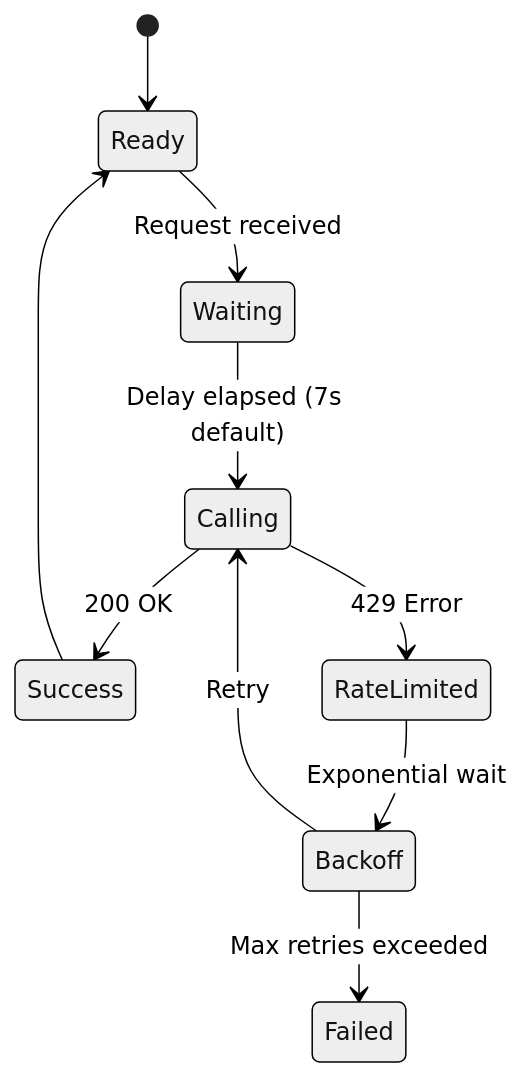
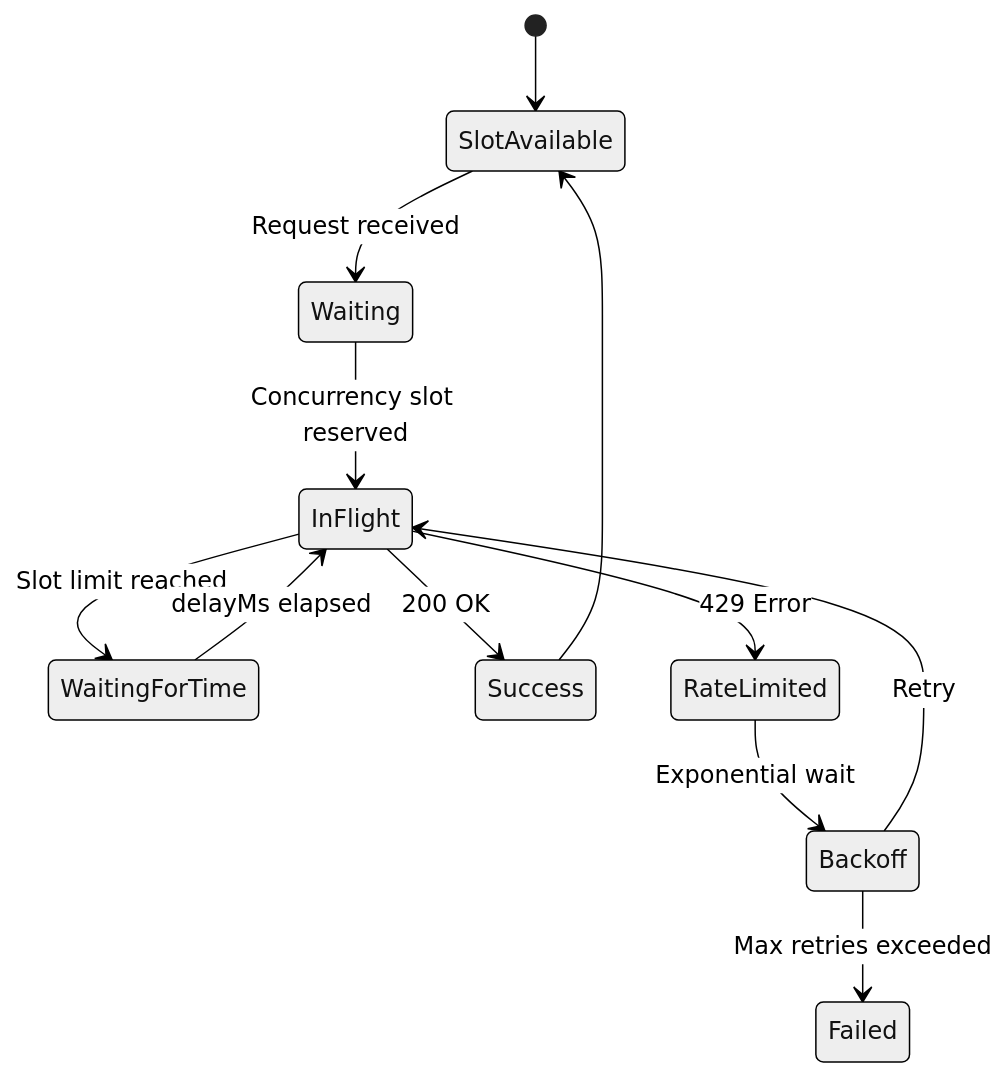
Before and after one commit to ChainSpark-Global-LLC/chainspark-oss: the fourth of 4 diagrams in patterns/resilient-extraction/README.md, drawn with Mermaid (neutral theme). The commit also changed other lines of this file and 1 other file, not shown here.

Commit message:
docs: update READMEs and diagrams for parallel/streaming patterns

````diff
--- a/patterns/resilient-extraction/README.md
+++ b/patterns/resilient-extraction/README.md
@@ -247,12 +255,14 @@
 ```mermaid
 stateDiagram-v2
-    [*] --> Ready
-    Ready --> Waiting: Request received
-    Waiting --> Calling: Delay elapsed (7s default)
-    Calling --> Success: 200 OK
-    Calling --> RateLimited: 429 Error
+    [*] --> SlotAvailable
+    SlotAvailable --> Waiting: Request received
+    Waiting --> InFlight: Concurrency slot reserved
+    InFlight --> WaitingForTime: Slot limit reached
+    WaitingForTime --> InFlight: delayMs elapsed
+    InFlight --> Success: 200 OK
+    InFlight --> RateLimited: 429 Error
     RateLimited --> Backoff: Exponential wait
-    Backoff --> Calling: Retry
-    Success --> Ready
+    Backoff --> InFlight: Retry
+    Success --> SlotAvailable
     Backoff --> Failed: Max retries exceeded
 ```
````
